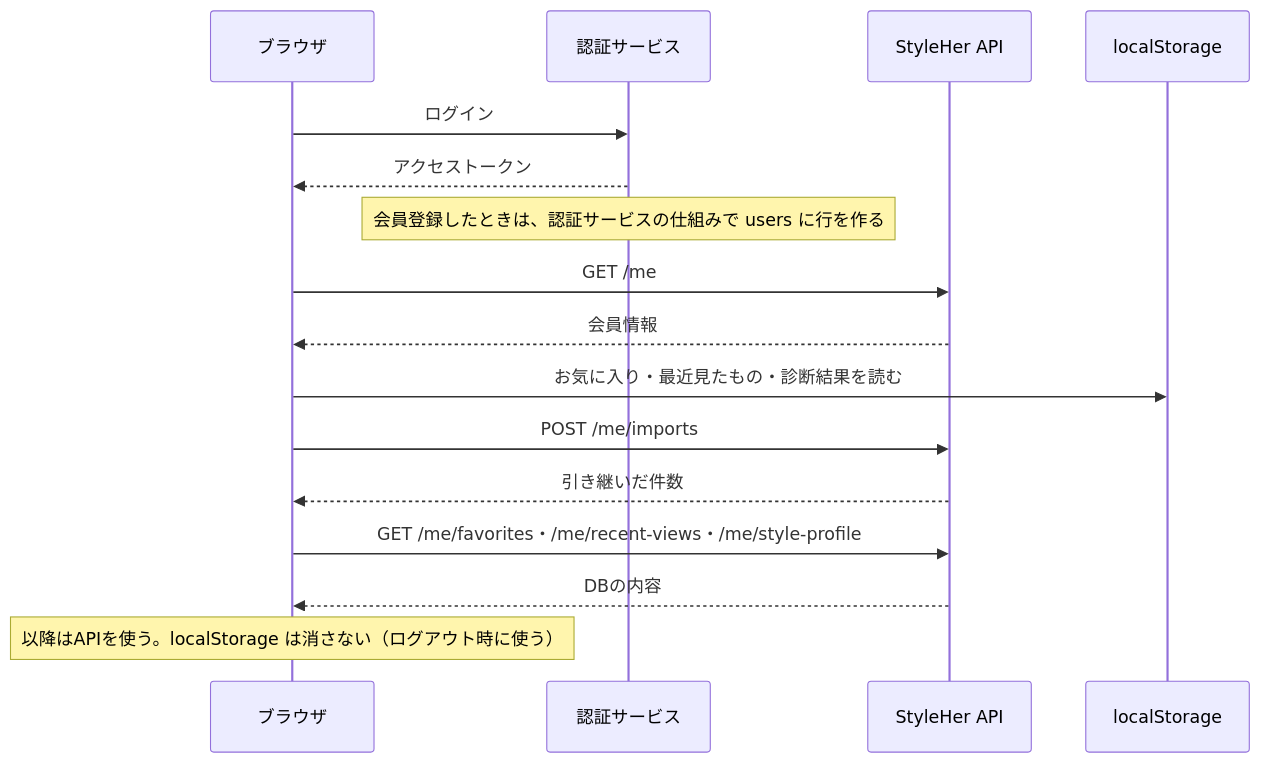
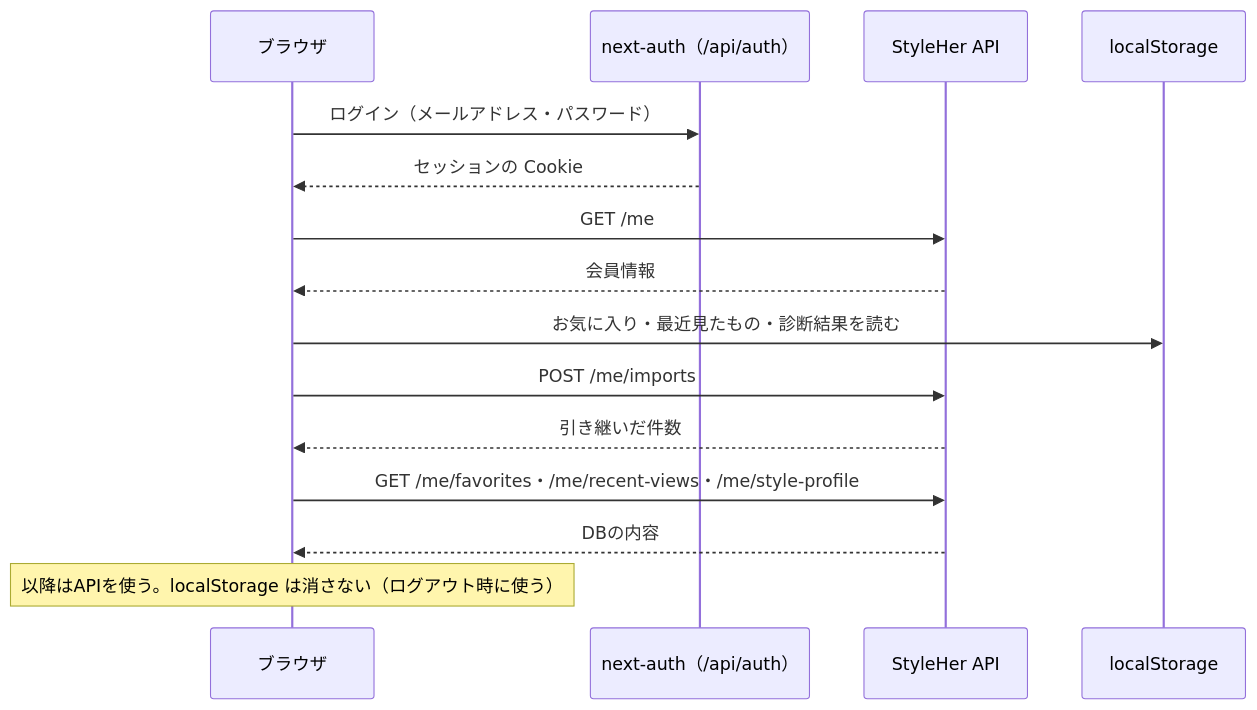
One commit to huyen2207/fashion-trend-spec changed the second of 2 diagrams in docs/api.md. Above: the diagram before and after it, drawn with Mermaid. The commit also changed other lines of this file and 21 other files, not shown here.

Commit message:
Add email/password login with next-auth

````diff
--- a/docs/api.md
+++ b/docs/api.md
@@ -1522,18 +1524,17 @@
 ```mermaid
 sequenceDiagram
   participant B as ブラウザ
-  participant A as 認証サービス
+  participant A as next-auth（/api/auth）
   participant API as StyleHer API
   participant L as localStorage
-  B->>A: ログイン
-  A-->>B: アクセストークン
-  Note over A: 会員登録したときは、認証サービスの仕組みで users に行を作る
+  B->>A: ログイン（メールアドレス・パスワード）
+  A-->>B: セッションの Cookie
   B->>API: GET /me
   API-->>B: 会員情報
   B->>L: お気に入り・最近見たもの・診断結果を読む
   B->>API: POST /me/imports
   API-->>B: 引き継いだ件数
   B->>API: GET /me/favorites・/me/recent-views・/me/style-profile
   API-->>B: DBの内容
   Note over B: 以降はAPIを使う。localStorage は消さない（ログアウト時に使う）
 ```
````
